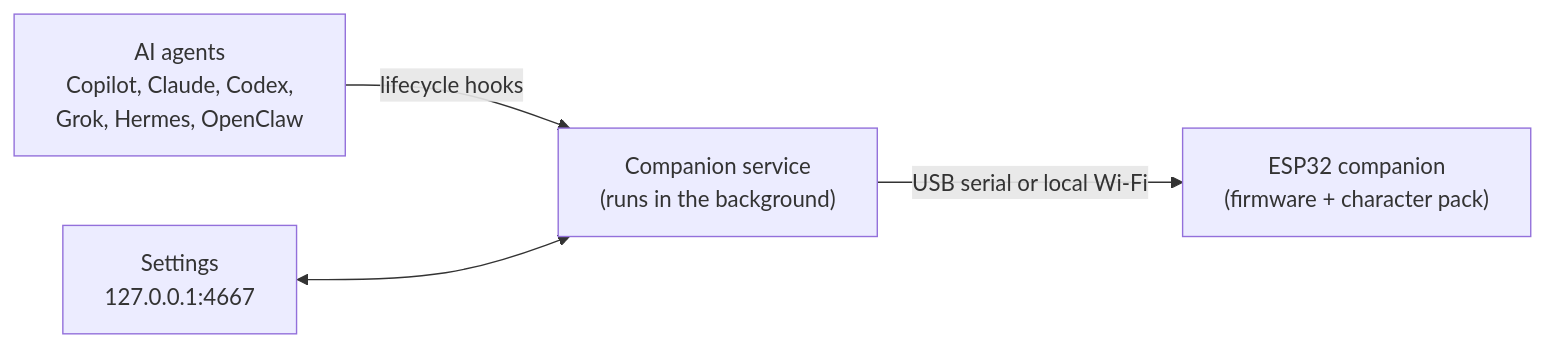
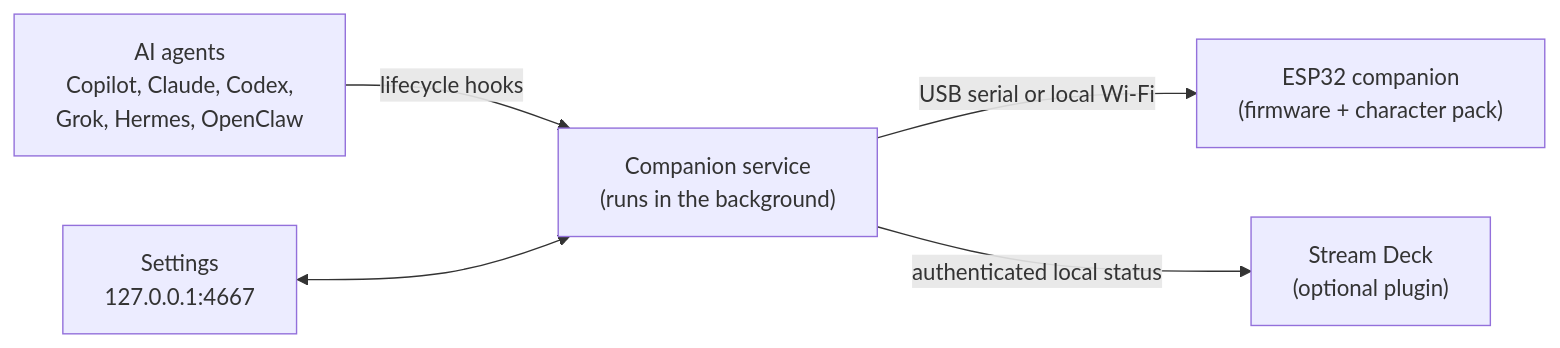
Before and after one commit to DanWahlin/agent-buddy: the diagram in README.md, drawn with Mermaid. The commit also changed other lines of this file and 26 other files, not shown here.

First line of the commit message:
Add Stream Deck agent status and attention alerts

````diff
--- a/README.md
+++ b/README.md
@@ -95,6 +98,7 @@
 ```mermaid
 flowchart LR
     A["AI agents<br/>Copilot, Claude, Codex,<br/>Grok, Hermes, OpenClaw"] -- lifecycle hooks --> D["Companion service<br/>(runs in the background)"]
     B["Settings<br/>127.0.0.1:4667"] <--> D
     D -- USB serial or local Wi-Fi --> E["ESP32 companion<br/>(firmware + character pack)"]
+    D -- authenticated local status --> S["Stream Deck<br/>(optional plugin)"]
 ```
````
